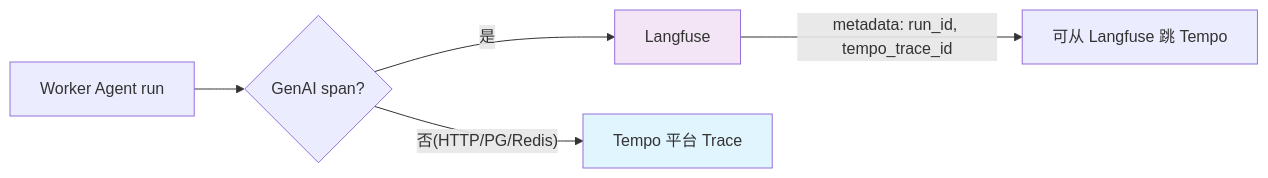
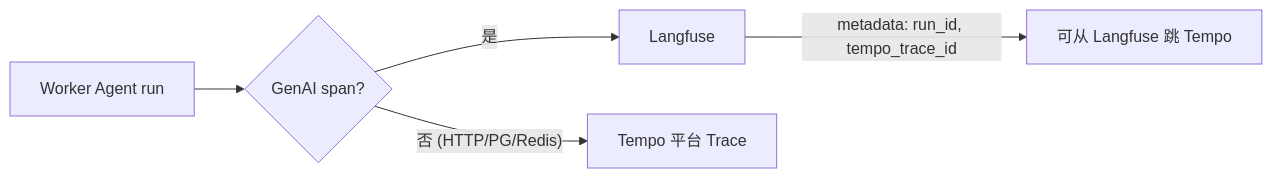
Before and after one commit to fengnovo/chat: the ninth of 13 diagrams in docs/observability/architecture.md, drawn with Mermaid. The commit also changed other lines of this file and 4 other files, not shown here.

````diff
--- a/docs/observability/architecture.md
+++ b/docs/observability/architecture.md
@@ -390,9 +397,7 @@
 ```mermaid
 flowchart LR
     Worker[Worker Agent run] --> Filter{GenAI span?}
     Filter -- 是 --> Langfuse[Langfuse]
-    Filter -- 否(HTTP/PG/Redis) --> Tempo[Tempo 平台 Trace]
+    Filter -- "否 (HTTP/PG/Redis)" --> Tempo[Tempo 平台 Trace]
     Langfuse -->|metadata: run_id, tempo_trace_id| Jump[可从 Langfuse 跳 Tempo]
-    style Langfuse fill:#f3e5f5
-    style Tempo fill:#e1f5fe
 ```
````
